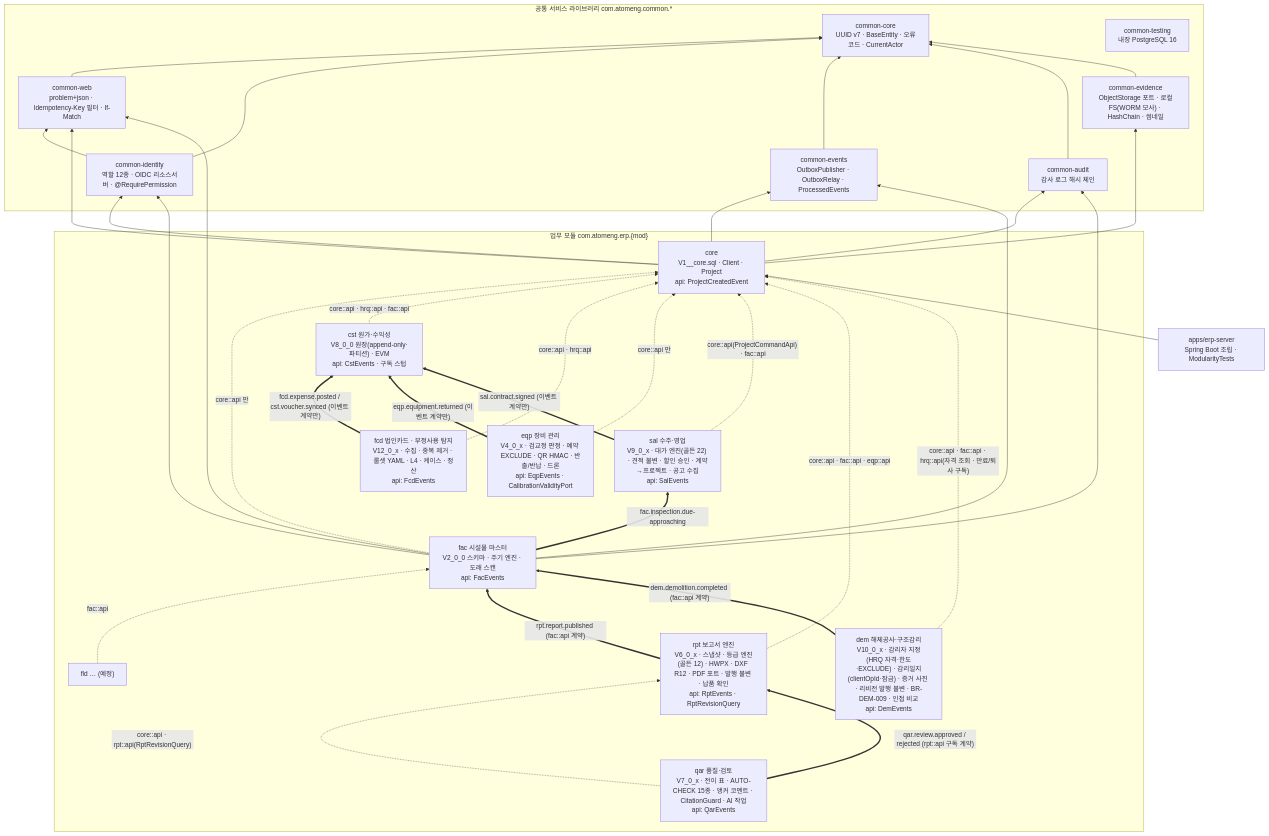
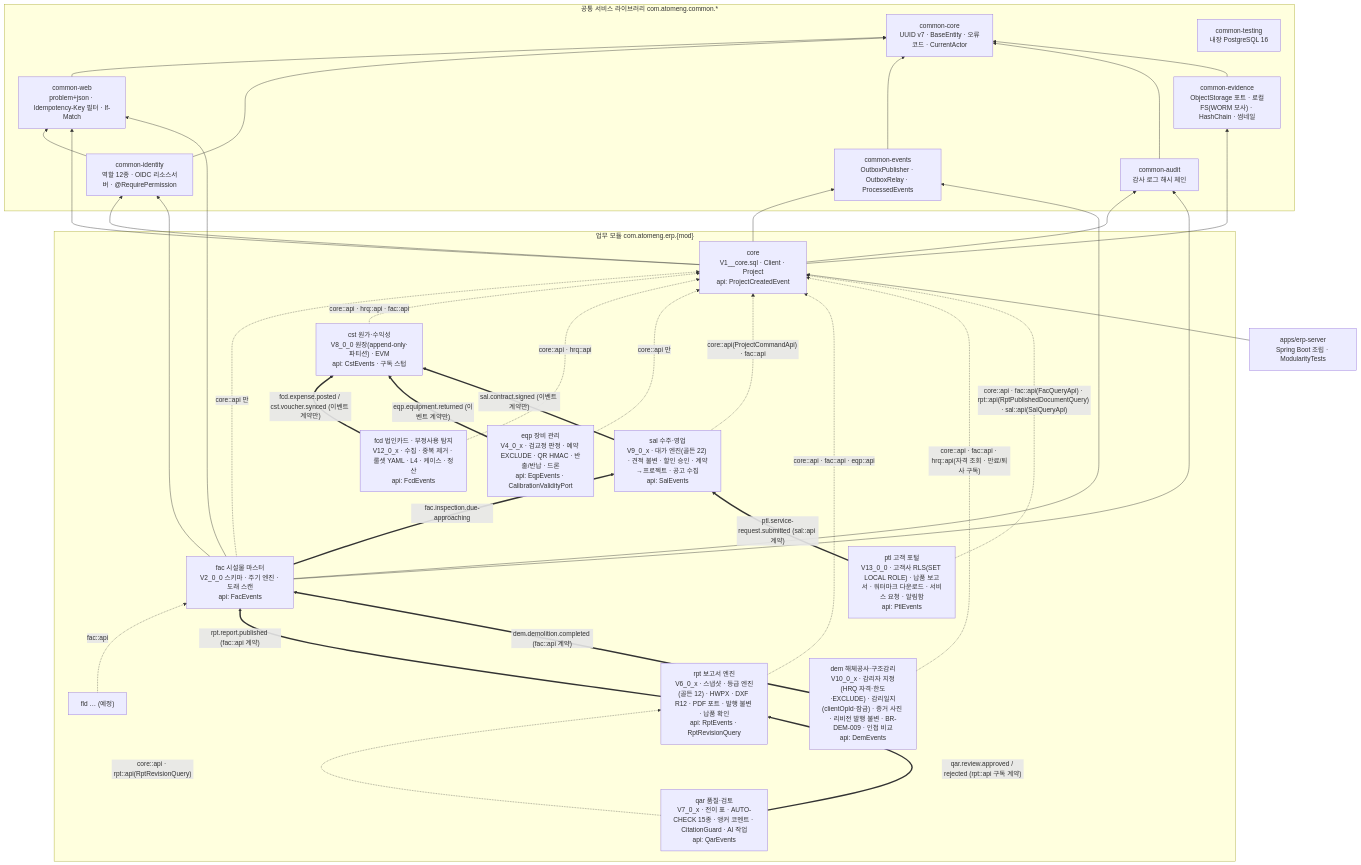
The diagram in README.md (limpst/atom-erp), drawn with Mermaid before and after one commit. The commit also changed other lines of this file and 40 other files, not shown here.

First line of the commit message:
feat(ptl): 09 고객 포털 첫 단계 — ptl 스키마·고객사 RLS(SET LOCAL ROLE)·교차 고객 거부 매트릭스·납품 보고서·워터마크 다운로드 감사·서비스 요청 → SAL 리드·구독 알림

````diff
--- a/README.md
+++ b/README.md
@@ -48,50 +49,53 @@
 ```mermaid
 flowchart BT
   subgraph COMMON["공통 서비스 라이브러리 com.atomeng.common.*"]
     CC["common-core<br>UUID v7 · BaseEntity · 오류코드 · CurrentActor"]
     CW["common-web<br>problem+json · Idempotency-Key 필터 · If-Match"]
     CI["common-identity<br>역할 12종 · OIDC 리소스서버 · @RequirePermission"]
     CE["common-events<br>OutboxPublisher · OutboxRelay · ProcessedEvents"]
     CA["common-audit<br>감사 로그 해시 체인"]
     CT["common-testing<br>내장 PostgreSQL 16"]
     CV["common-evidence<br>ObjectStorage 포트 · 로컬FS(WORM 모사) · HashChain · 썸네일"]
   end
   subgraph MODS["업무 모듈 com.atomeng.erp.{mod}"]
     CORE["core<br>V1__core.sql · Client · Project<br>api: ProjectCreatedEvent"]
     FAC["fac 시설물 마스터<br>V2_0_0 스키마 · 주기 엔진 · 도래 스캔<br>api: FacEvents"]
     CST["cst 원가·수익성<br>V8_0_0 원장(append-only·파티션) · EVM<br>api: CstEvents · 구독 스텁"]
     FCD["fcd 법인카드 · 부정사용 탐지<br>V12_0_x · 수집 · 중복 제거 · 룰셋 YAML · L4 · 케이스 · 정산<br>api: FcdEvents"]
     EQP["eqp 장비 관리<br>V4_0_x · 검교정 판정 · 예약 EXCLUDE · QR HMAC · 반출/반납 · 드론<br>api: EqpEvents · CalibrationValidityPort"]
     SAL["sal 수주·영업<br>V9_0_x · 대가 엔진(골든 22) · 견적 불변 · 할인 승인 · 계약→프로젝트 · 공고 수집<br>api: SalEvents"]
     RPT["rpt 보고서 엔진<br>V6_0_x · 스냅샷 · 등급 엔진(골든 12) · HWPX · DXF R12 · PDF 포트 · 발행 불변 · 납품 확인<br>api: RptEvents · RptRevisionQuery"]
     QAR["qar 품질·검토<br>V7_0_x · 전이 표 · AUTO-CHECK 15종 · 앵커 코멘트 · CitationGuard · AI 작업<br>api: QarEvents"]
     DEM["dem 해체공사·구조감리<br>V10_0_x · 감리자 지정(HRQ 자격·한도·EXCLUDE) · 감리일지(clientOpId·잠금) · 증거 사진 · 리비전 발행 불변 · BR-DEM-009 · 인접 비교<br>api: DemEvents"]
+    PTL["ptl 고객 포털<br>V13_0_0 · 고객사 RLS(SET LOCAL ROLE) · 납품 보고서 · 워터마크 다운로드 · 서비스 요청 · 알림함<br>api: PtlEvents"]
     NEXT["fld … (예정)"]
   end
   APP["apps/erp-server<br>Spring Boot 조립 · ModularityTests"]
   CW --> CC
   CI --> CC
   CI --> CW
   CE --> CC
   CA --> CC
   CV --> CC
   CORE --> CW & CI & CE & CA & CV
   FAC -. "core::api 만" .-> CORE
   FAC --> CW & CI & CE & CA
   NEXT -. "fac::api" .-> FAC
   CST -. "core::api · hrq::api · fac::api" .-> CORE
   FCD -. "core::api · hrq::api" .-> CORE
   FCD == "fcd.expense.posted / cst.voucher.synced (이벤트 계약만)" ==> CST
   EQP -. "core::api 만" .-> CORE
   EQP == "eqp.equipment.returned (이벤트 계약만)" ==> CST
   SAL -. "core::api(ProjectCommandApi) · fac::api" .-> CORE
   SAL == "sal.contract.signed (이벤트 계약만)" ==> CST
   FAC == "fac.inspection.due-approaching" ==> SAL
   RPT -. "core::api · fac::api · eqp::api" .-> CORE
   RPT == "rpt.report.published (fac::api 계약)" ==> FAC
   QAR -. "core::api · rpt::api(RptRevisionQuery)" .-> RPT
   QAR == "qar.review.approved / rejected (rpt::api 구독 계약)" ==> RPT
   DEM -. "core::api · fac::api · hrq::api(자격 조회 · 만료/퇴사 구독)" .-> CORE
   DEM == "dem.demolition.completed (fac::api 계약)" ==> FAC
+  PTL -. "core::api · fac::api(FacQueryApi) · rpt::api(RptPublishedDocumentQuery) · sal::api(SalQueryApi)" .-> CORE
+  PTL == "ptl.service-request.submitted (sal::api 계약)" ==> SAL
   APP --> CORE
 ```
````
